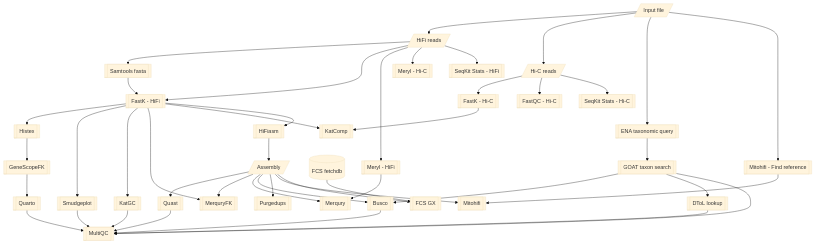
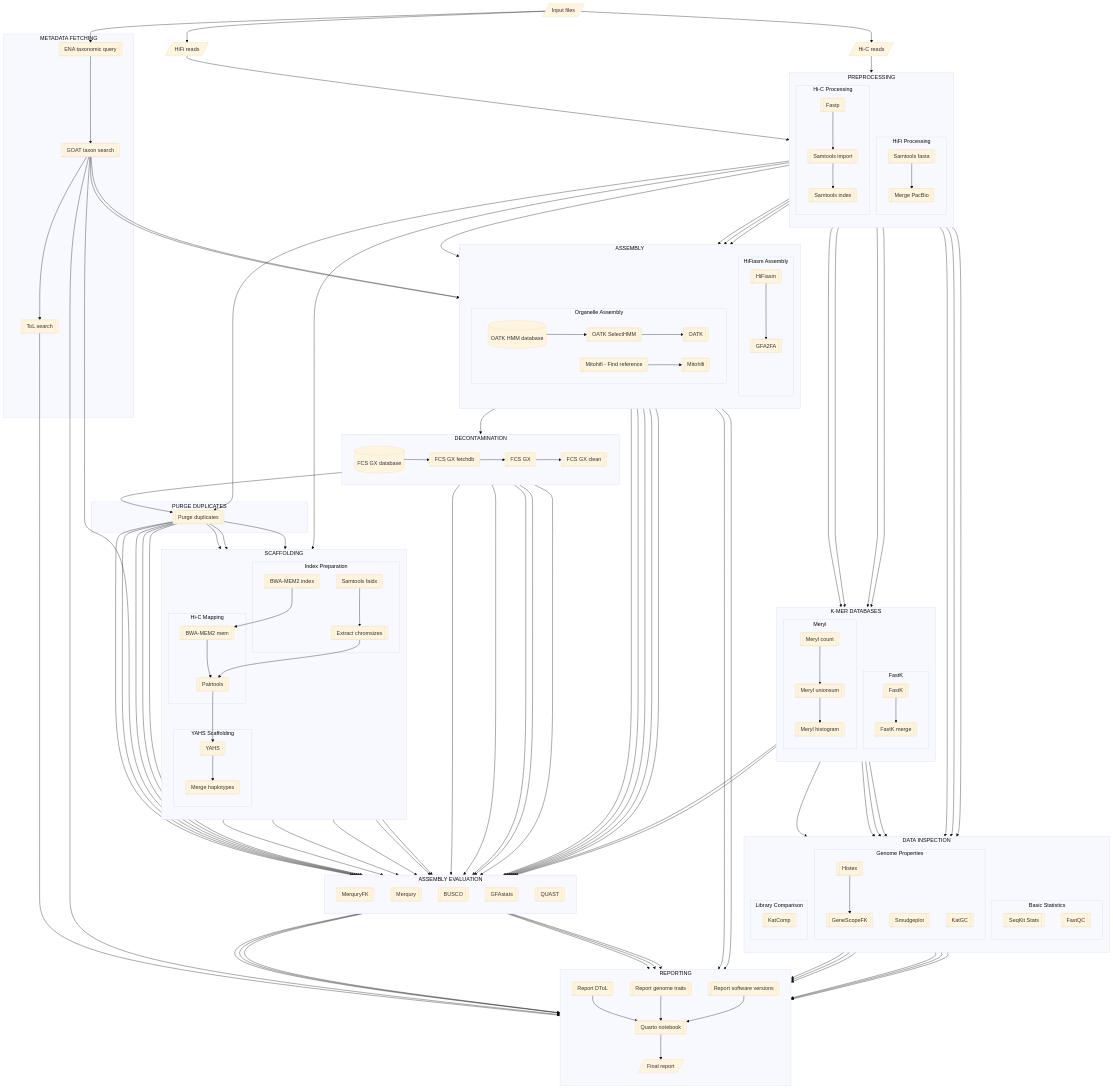
The second of 2 diagrams in README.md (NBISweden/Earth-Biogenome-Project-pilot), drawn with Mermaid (base theme) before and after one commit.

Commit message:
Update mermaid diagram in README (#347)

````diff
--- a/README.md
+++ b/README.md
@@ -23,46 +23,231 @@
 ```mermaid
 flowchart TD
-    input[/ Input file/] --> hifi
-    input --> hic
-    input --> taxquery[[ ENA taxonomic query ]]
-    taxquery --> goat_taxon[[ GOAT taxon search ]]
-    goat_taxon --> busco
-    goat_taxon --> dtol[[ DToL lookup ]]
-    hifi --> samtools_fa[[ Samtools fasta ]]
-    samtools_fa --> fastk_hifi
-    hifi[/ HiFi reads /] --> fastk_hifi[[ FastK - HiFi ]]
-    hifi --> meryl_hifi[[ Meryl - HiFi ]]
-    hic[/ Hi-C reads /] --> fastk_hic[[ FastK - Hi-C ]]
-    hifi --> meryl_hic[[ Meryl - Hi-C ]]
-    hic --> fastqc_hic[[ FastQC - Hi-C ]]
-    hic --> seqkit_hic[[ SeqKit Stats - Hi-C ]]
-    hifi --> seqkit_hifi[[ SeqKit Stats - HiFi ]]
-    assembly[/ Assembly /] --> quast[[ Quast ]]
-    fastk_hifi --> histex[[ Histex ]]
-    histex --> genescopefk[[ GeneScopeFK ]]
-    fastk_hifi --> smudgeplot[[ Smudgeplot ]]
-    fastk_hifi --> katgc[[ KatGC ]]
-    fastk_hifi --> merquryfk[[ MerquryFK ]]
-    assembly --> merquryfk
-    meryl_hifi --> merqury[[ Merqury ]]
-    assembly --> merqury
-    fastk_hifi --> katcomp[[ KatComp ]]
-    fastk_hic --> katcomp
-    assembly --> busco[[ Busco ]]
-    fastk_hifi --> hifiasm[[ HiFiasm ]]
-    hifiasm --> assembly
-    assembly --> purgedups[[ Purgedups ]]
-    input --> mitoref[[ Mitohifi - Find reference ]]
-    assembly --> mitohifi[[ Mitohifi ]]
-    assembly --> fcsgx[[ FCS GX ]]
-    fcs_fetchdb[( FCS fetchdb )] --> fcsgx
-    mitoref --> mitohifi
-    genescopefk --> quarto[[ Quarto ]]
-    goat_taxon --> multiqc[[ MultiQC ]]
-    quarto --> multiqc
-    dtol --> multiqc
-    katgc --> multiqc
-    smudgeplot --> multiqc
-    busco --> multiqc
-    quast --> multiqc
+    %% Input
+    input[/ Input files /] --> hifi[/ HiFi reads /]
+    input --> hic[/ Hi-C reads /]
+
+    subgraph metadata[" METADATA FETCHING "]
+        taxquery[[ ENA taxonomic query ]]
+        goat[[ GOAT taxon search ]]
+        tol_search[[ ToL search ]]
+        taxquery --> goat
+        goat --> tol_search
+    end
+
+    input --> taxquery
+
+    subgraph preprocess[" PREPROCESSING "]
+        direction TB
+        subgraph hifi_prep[" HiFi Processing "]
+            samtools_fa[[ Samtools fasta ]]
+            merge_pacbio[[ Merge PacBio ]]
+            samtools_fa --> merge_pacbio
+        end
+
+        subgraph hic_prep[" Hi-C Processing "]
+            fastp[[ Fastp ]]
+            samtools_import[[ Samtools import ]]
+            samtools_index[[ Samtools index ]]
+            fastp --> samtools_import
+            samtools_import --> samtools_index
+        end
+    end
+
+    hifi --> samtools_fa
+    hic --> fastp
+
+    subgraph kmer_db[" K-MER DATABASES "]
+        direction TB
+        subgraph fastk_build[" FastK "]
+            fastk[[ FastK ]]
+            fastk_merge[[ FastK merge ]]
+            fastk --> fastk_merge
+        end
+
+        subgraph meryl_build[" Meryl "]
+            meryl_count[[ Meryl count ]]
+            meryl_unionsum[[ Meryl unionsum ]]
+            meryl_hist[[ Meryl histogram ]]
+            meryl_count --> meryl_unionsum
+            meryl_unionsum --> meryl_hist
+        end
+    end
+
+    merge_pacbio --> fastk
+    merge_pacbio --> meryl_count
+    samtools_index --> fastk
+    samtools_index --> meryl_count
+
+    subgraph inspect[" DATA INSPECTION "]
+        direction TB
+        subgraph basic_stats[" Basic Statistics "]
+            seqkit[[ SeqKit Stats ]]
+            fastqc[[ FastQC ]]
+        end
+
+        subgraph genome_props[" Genome Properties "]
+            histex[[ Histex ]]
+            genescopefk[[ GeneScopeFK ]]
+            smudgeplot[[ Smudgeplot ]]
+            katgc[[ KatGC ]]
+            histex --> genescopefk
+        end
+
+        subgraph lib_compare[" Library Comparison "]
+            katcomp[[ KatComp ]]
+        end
+    end
+
+    merge_pacbio --> seqkit
+    samtools_index --> seqkit
+    samtools_index --> fastqc
+    fastk_merge --> histex
+    fastk_merge --> smudgeplot
+    fastk_merge --> katgc
+    fastk_merge --> katcomp
+
+    subgraph assemble[" ASSEMBLY "]
+        direction TB
+        subgraph hifiasm_asm[" HiFiasm Assembly "]
+            hifiasm[[ HiFiasm ]]
+            gfa2fa[[ GFA2FA ]]
+            hifiasm --> gfa2fa
+        end
+
+        subgraph organelles[" Organelle Assembly "]
+            direction LR
+            oatkdb[( OATK HMM database )]
+            oatk_selecthmm[[ OATK SelectHMM ]]
+            oatk[[ OATK ]]
+            mitoref[[ Mitohifi - Find reference ]]
+            mitohifi[[ Mitohifi ]]
+            oatkdb --> oatk_selecthmm
+            oatk_selecthmm --> oatk
+            mitoref --> mitohifi
+        end
+    end
+
+    merge_pacbio --> hifiasm
+    merge_pacbio --> oatk
+    merge_pacbio --> mitoref
+    merge_pacbio --> mitohifi
+    goat --> oatk_selecthmm
+    goat --> mitoref
+
+    subgraph decontam[" DECONTAMINATION "]
+        direction LR
+        fcs_db[( FCS GX database )]
+        fcsgx_fetch[[ FCS GX fetchdb ]]
+        fcsgx[[ FCS GX ]]
+        fcsgx_clean[[ FCS GX clean ]]
+        fcs_db --> fcsgx_fetch
+        fcsgx_fetch --> fcsgx
+        fcsgx --> fcsgx_clean
+    end
+
+    gfa2fa --> fcsgx
+
+    subgraph purge[" PURGE DUPLICATES "]
+        purgedups[[ Purge duplicates ]]
+    end
+
+    fcsgx_clean --> purgedups
+    merge_pacbio --> purgedups
+
+    subgraph scaffold[" SCAFFOLDING "]
+        direction TB
+        subgraph index_prep[" Index Preparation "]
+            bwamem2_index[[ BWA-MEM2 index ]]
+            samtools_faidx[[ Samtools faidx ]]
+            chromsizes[[ Extract chromsizes ]]
+            samtools_faidx --> chromsizes
+        end
+
+        subgraph hic_map[" Hi-C Mapping "]
+            bwamem2_mem[[ BWA-MEM2 mem ]]
+            pairtools[[ Pairtools ]]
+            bwamem2_mem --> pairtools
+        end
+
+        subgraph yahs_scaf[" YAHS Scaffolding "]
+            yahs[[ YAHS ]]
+            merge_haps[[ Merge haplotypes ]]
+            yahs --> merge_haps
+        end
+    end
+
+    purgedups --> bwamem2_index
+    purgedups --> samtools_faidx
+    bwamem2_index --> bwamem2_mem
+    samtools_index --> bwamem2_mem
+    chromsizes --> pairtools
+    pairtools --> yahs
+    purgedups --> yahs
+
+    subgraph evaluate[" ASSEMBLY EVALUATION "]
+        direction TB
+        merquryfk[[ MerquryFK ]]
+        merqury[[ Merqury ]]
+        busco[[ BUSCO ]]
+        gfastats[[ GFAstats ]]
+        quast[[ QUAST ]]
+    end
+
+    gfa2fa --> merquryfk
+    fastk_merge --> merquryfk
+    fcsgx_clean --> merquryfk
+    purgedups --> merquryfk
+    yahs --> merquryfk
+
+    gfa2fa --> merqury
+    meryl_unionsum --> merqury
+    fcsgx_clean --> merqury
+    purgedups --> merqury
+    yahs --> merqury
+
+    goat --> busco
+    gfa2fa --> busco
+    fcsgx_clean --> busco
+    purgedups --> busco
+    yahs --> busco
+
+    gfa2fa --> gfastats
+    fcsgx_clean --> gfastats
+    purgedups --> gfastats
+    yahs --> gfastats
+
+    gfa2fa --> quast
+    fcsgx_clean --> quast
+    purgedups --> quast
+    yahs --> quast
+
+    subgraph report[" REPORTING "]
+        direction TB
+        report_dtol[[ Report DToL ]]
+        report_genometraits[[ Report genome traits ]]
+        report_versions[[ Report software versions ]]
+        quarto[[ Quarto notebook ]]
+        output[/ Final report /]
+        report_dtol --> quarto
+        report_genometraits --> quarto
+        report_versions --> quarto
+        quarto --> output
+    end
+
+    tol_search --> report_dtol
+    goat --> report_genometraits
+    busco --> report_versions
+    genescopefk --> quarto
+    smudgeplot --> quarto
+    katgc --> quarto
+    katcomp --> quarto
+    seqkit --> quarto
+    fastqc --> quarto
+    gfastats --> quarto
+    merquryfk --> quarto
+    merqury --> quarto
+    busco --> quarto
+    quast --> quarto
+    oatk --> quarto
+    mitohifi --> quarto
 ```
````
